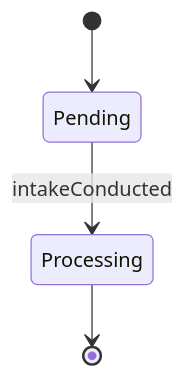
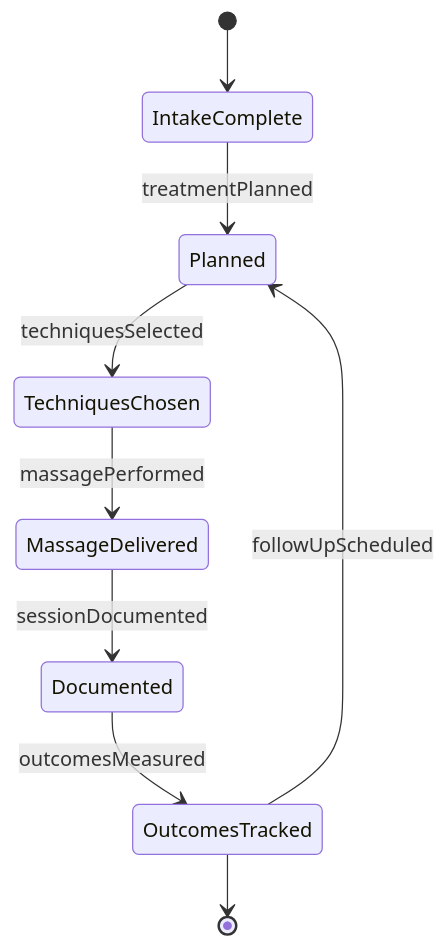
The second of 4 diagrams in AssistingAndCaringForOthers/AdministerTherapeuticTreatments/AdministerTherapeuticMassages.mdx (dot-org-ai/tasks.org.ai), drawn with Mermaid before and after one commit. The commit also changed other lines of this file and 32 other files, not shown here.

First line of the commit message:
fix: Improve ER and State diagrams in 32 AssistingAndCaringForOthers DWA files

````diff
--- a/AssistingAndCaringForOthers/AdministerTherapeuticTreatments/AdministerTherapeuticMassages.mdx
+++ b/AssistingAndCaringForOthers/AdministerTherapeuticTreatments/AdministerTherapeuticMassages.mdx
@@ -99,6 +99,11 @@
 ```mermaid
 stateDiagram-v2
-    [*] --> Pending
-    Pending --> Processing : intakeConducted
-    Processing --> [*]
+    [*] --> IntakeComplete
+    IntakeComplete --> Planned : treatmentPlanned
+    Planned --> TechniquesChosen : techniquesSelected
+    TechniquesChosen --> MassageDelivered : massagePerformed
+    MassageDelivered --> Documented : sessionDocumented
+    Documented --> OutcomesTracked : outcomesMeasured
+    OutcomesTracked --> Planned : followUpScheduled
+    OutcomesTracked --> [*]
 ```
````
